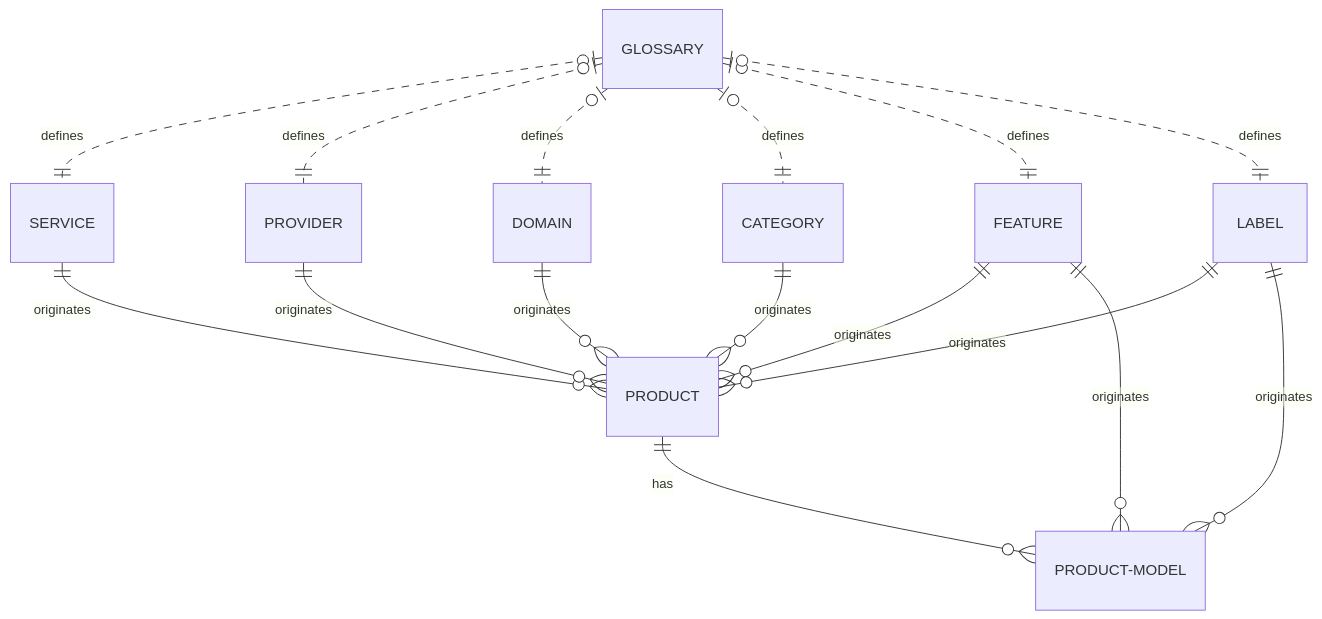
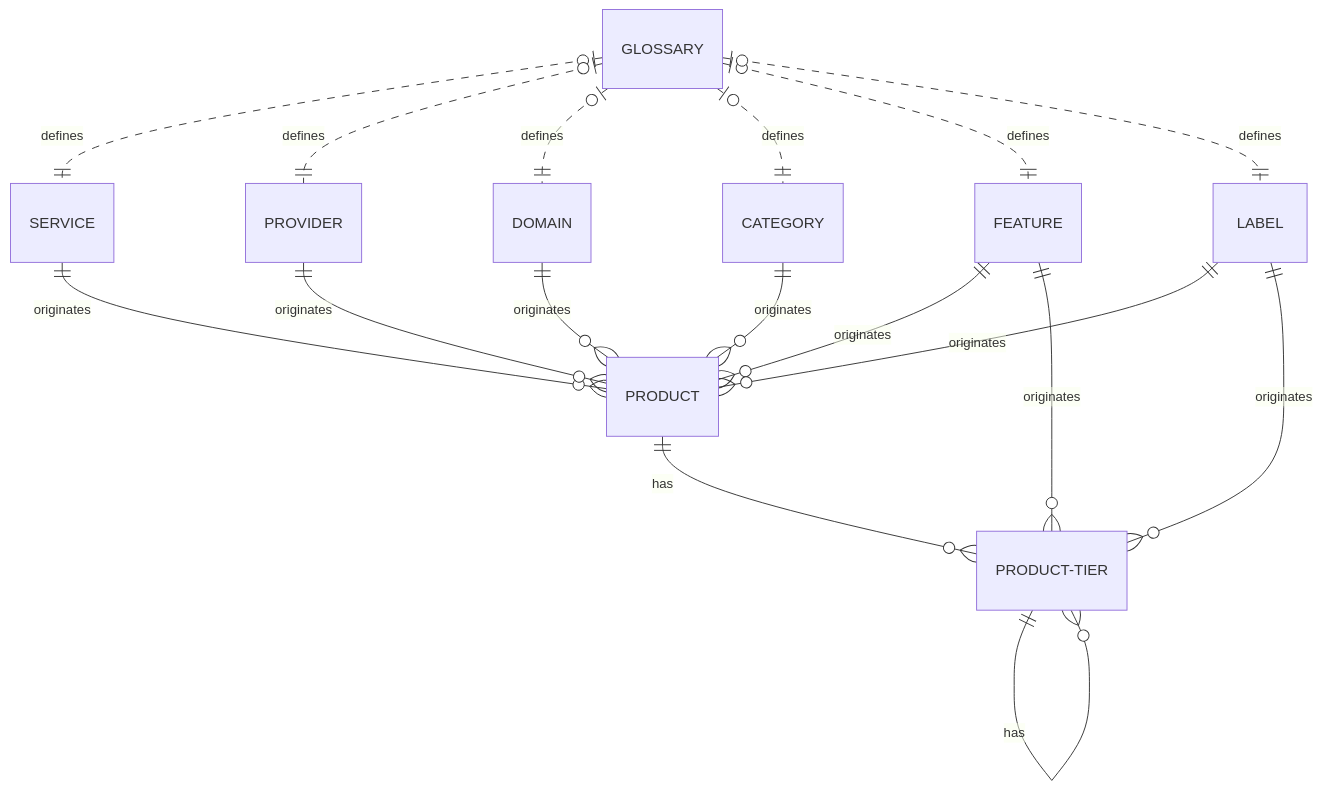
The first of 4 diagrams in en/pages/data-model.md (lexical-cloud/lexical-cloud-docs), drawn with Mermaid before and after one commit. The commit also changed other lines of this file and 23 other files, not shown here.

````diff
--- a/en/pages/data-model.md
+++ b/en/pages/data-model.md
@@ -24,18 +24,19 @@
 ```mermaid
 erDiagram
     GLOSSARY |o..|| SERVICE : defines
     GLOSSARY |o..|| PROVIDER : defines
     GLOSSARY |o..|| DOMAIN : defines
     GLOSSARY |o..|| CATEGORY : defines
     GLOSSARY |o..|| FEATURE : defines
     GLOSSARY |o..|| LABEL : defines
     SERVICE ||--o{ PRODUCT : originates
     PROVIDER ||--o{ PRODUCT : originates
     DOMAIN ||--o{ PRODUCT : originates
     CATEGORY ||--o{ PRODUCT : originates
     FEATURE ||--o{ PRODUCT : originates
-    FEATURE ||--o{ PRODUCT-MODEL : originates
+    FEATURE ||--o{ PRODUCT-TIER : originates
     LABEL ||--o{ PRODUCT : originates
-    LABEL ||--o{ PRODUCT-MODEL : originates
-    PRODUCT ||--o{ PRODUCT-MODEL : has
+    LABEL ||--o{ PRODUCT-TIER : originates
+    PRODUCT ||--o{ PRODUCT-TIER : has
+    PRODUCT-TIER ||--o{ PRODUCT-TIER : has
 ```
````
